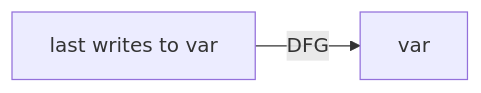
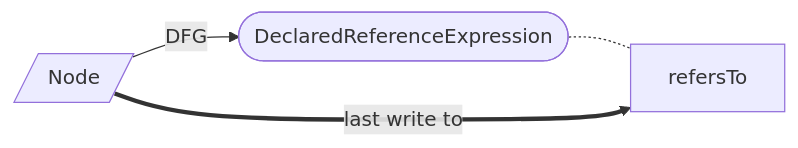
Before and after one commit to Fraunhofer-AISEC/cpg: diagram 16 of 28 in cpg-core/specifications/dfg.md, drawn with Mermaid. The commit also changed other lines of this file, not shown here.

````diff
--- a/cpg-core/specifications/dfg.md
+++ b/cpg-core/specifications/dfg.md
@@ -203,4 +215,6 @@
   ```mermaid
   flowchart LR
-    A[last writes to var] -- DFG --> var;
+    node([DeclaredReferenceExpression]) -.- refersTo;
+    A == last write to ==> refersTo;
+    A[/Node/] -- DFG --> node;
   ```
````
